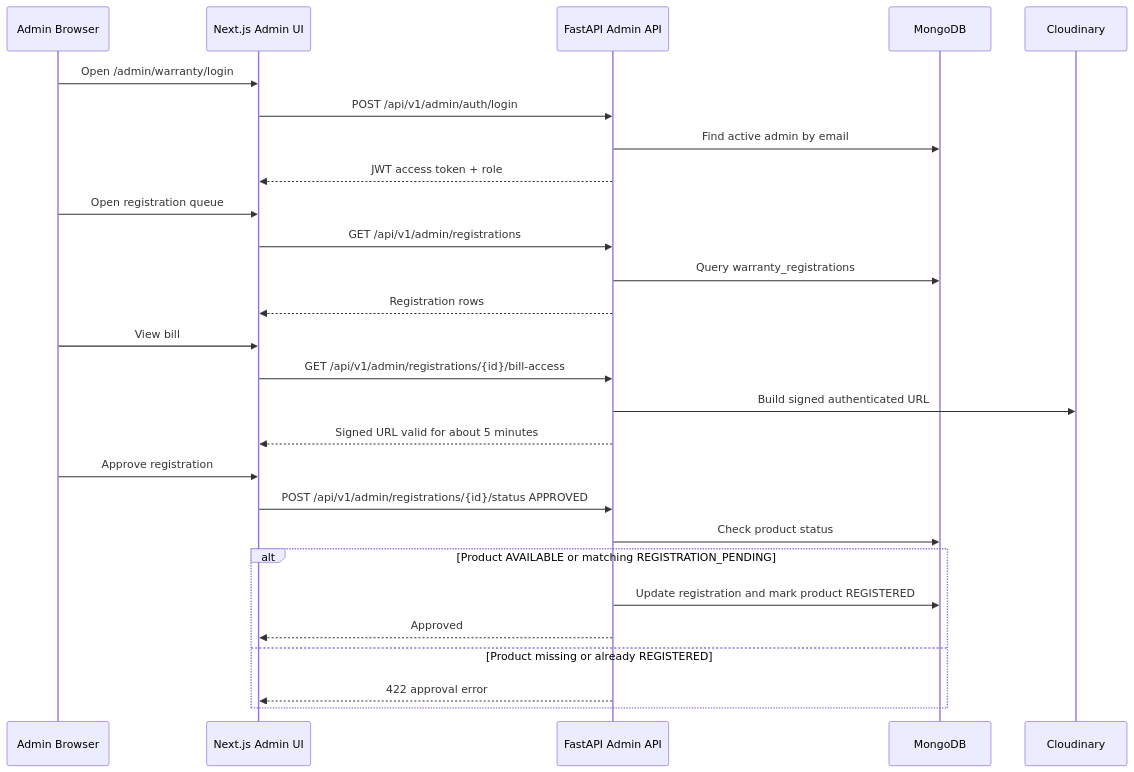
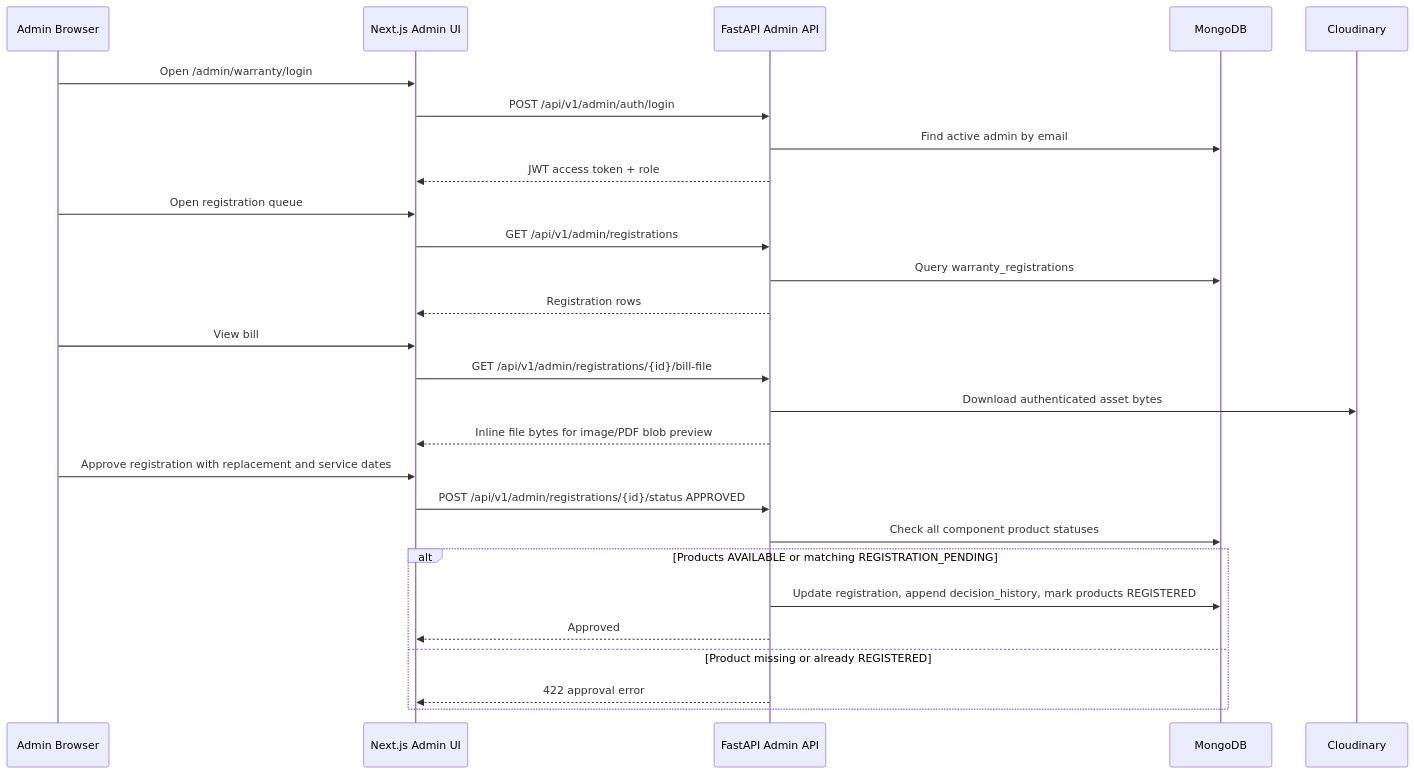
The third of 5 diagrams in docs/LIMAC_WARRANTY_DESIGN_DOCUMENT.md (traicasolutions-pjcts/limac-website), drawn with Mermaid before and after one commit. The commit also changed other lines of this file and 17 other files, not shown here.

````diff
--- a/docs/LIMAC_WARRANTY_DESIGN_DOCUMENT.md
+++ b/docs/LIMAC_WARRANTY_DESIGN_DOCUMENT.md
@@ -316,30 +352,30 @@
 ```mermaid
 sequenceDiagram
   participant Admin as Admin Browser
   participant UI as Next.js Admin UI
   participant API as FastAPI Admin API
   participant DB as MongoDB
   participant CL as Cloudinary
 
   Admin->>UI: Open /admin/warranty/login
   UI->>API: POST /api/v1/admin/auth/login
   API->>DB: Find active admin by email
   API-->>UI: JWT access token + role
   Admin->>UI: Open registration queue
   UI->>API: GET /api/v1/admin/registrations
   API->>DB: Query warranty_registrations
   API-->>UI: Registration rows
   Admin->>UI: View bill
-  UI->>API: GET /api/v1/admin/registrations/{id}/bill-access
-  API->>CL: Build signed authenticated URL
-  API-->>UI: Signed URL valid for about 5 minutes
-  Admin->>UI: Approve registration
+  UI->>API: GET /api/v1/admin/registrations/{id}/bill-file
+  API->>CL: Download authenticated asset bytes
+  API-->>UI: Inline file bytes for image/PDF blob preview
+  Admin->>UI: Approve registration with replacement and service dates
   UI->>API: POST /api/v1/admin/registrations/{id}/status APPROVED
-  API->>DB: Check product status
-  alt Product AVAILABLE or matching REGISTRATION_PENDING
-    API->>DB: Update registration and mark product REGISTERED
+  API->>DB: Check all component product statuses
+  alt Products AVAILABLE or matching REGISTRATION_PENDING
+    API->>DB: Update registration, append decision_history, mark products REGISTERED
     API-->>UI: Approved
   else Product missing or already REGISTERED
     API-->>UI: 422 approval error
   end
 ```
````
